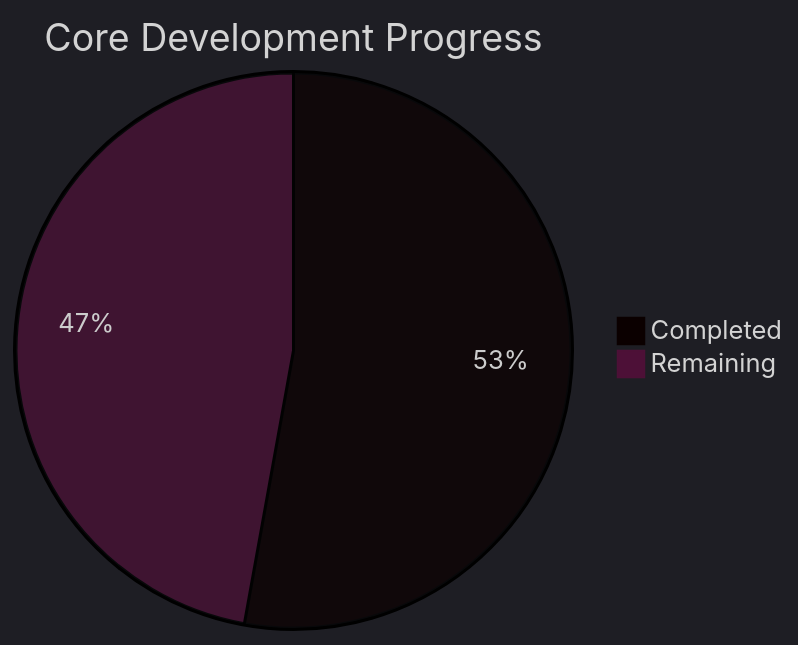
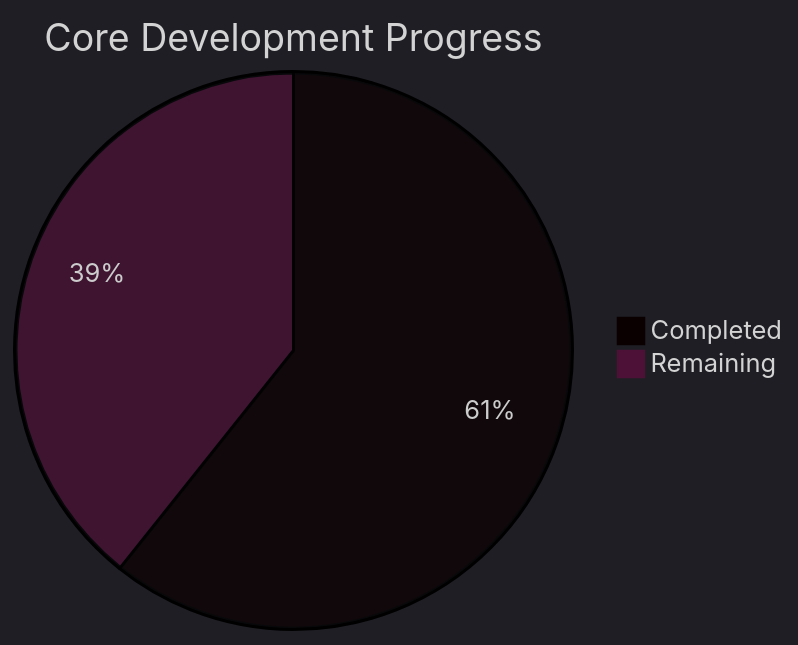
The first of 5 diagrams in tools/SK8Lytz_Bucket_List.md (Neogleamz/SK8Lytz), drawn with Mermaid before and after one commit. The commit also changed other lines of this file, not shown here.

Commit message:
feat(onboarding): finalize telemetry permission branding and archive completed tasks

````diff
--- a/tools/SK8Lytz_Bucket_List.md
+++ b/tools/SK8Lytz_Bucket_List.md
@@ -9,6 +9,6 @@
 ```mermaid
 %%{init: {'theme': 'dark'}}%%
 pie title Core Development Progress
-  "Completed" : 28
-  "Remaining" : 25
+  "Completed" : 34
+  "Remaining" : 22
 ```
````
